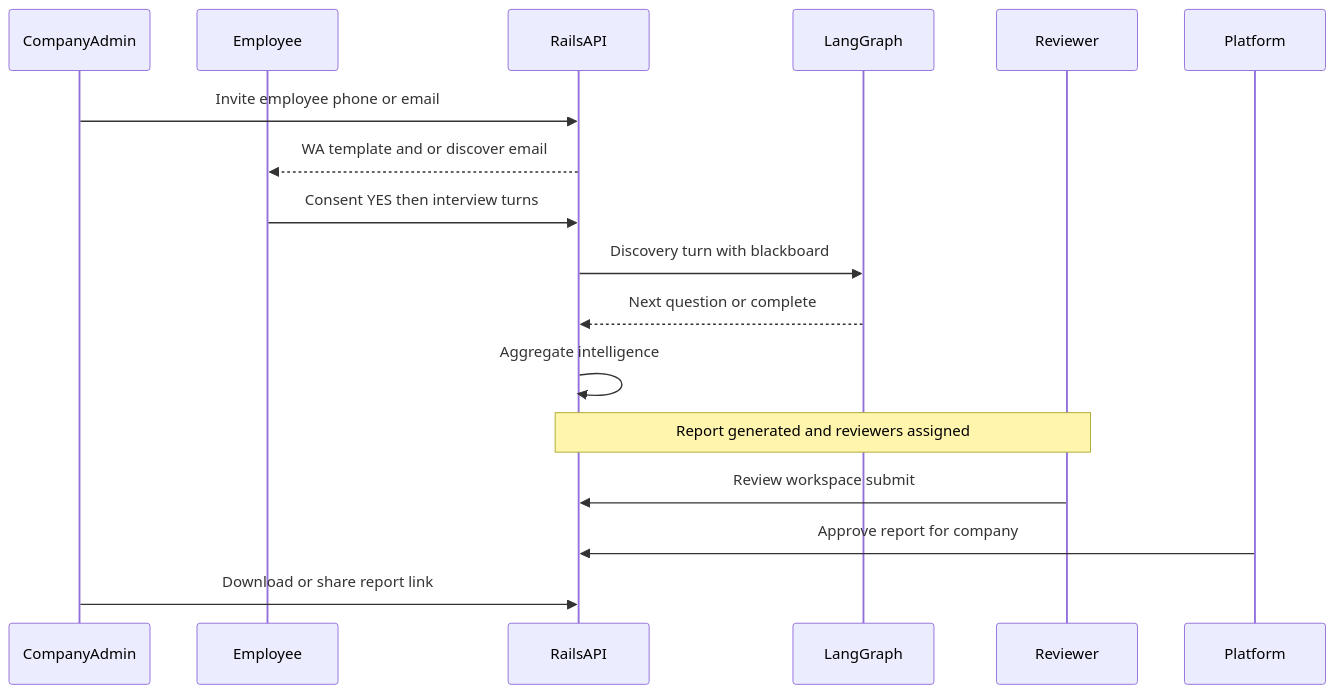
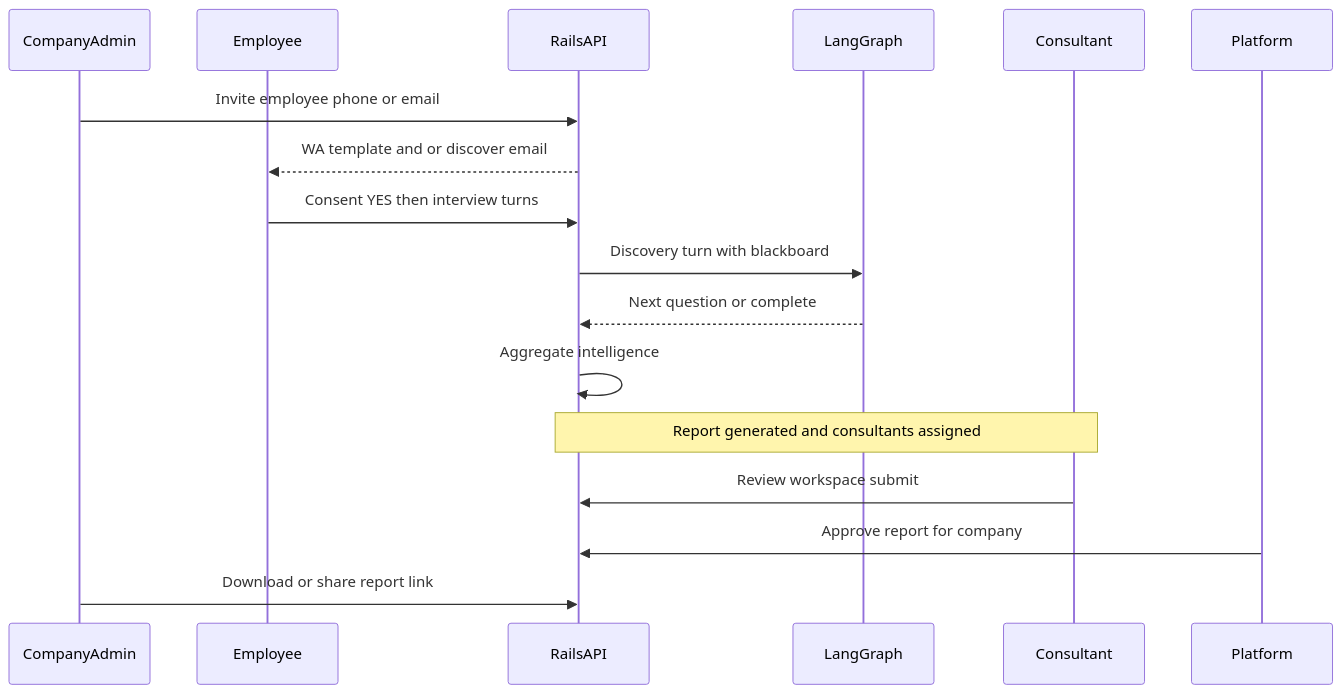
One commit to malikusman/req_app changed the third of 6 diagrams in docs/APPLICATION_GUIDE.md. Above: the diagram before and after it, drawn with Mermaid. The commit also changed other lines of this file and 444 other files, not shown here.

First line of the commit message:
Rename Reviewer to Consultant across the stack

````diff
--- a/docs/APPLICATION_GUIDE.md
+++ b/docs/APPLICATION_GUIDE.md
@@ -158,20 +158,20 @@
 ```mermaid
 sequenceDiagram
   participant Admin as CompanyAdmin
   participant Emp as Employee
   participant Rails as RailsAPI
   participant Agent as LangGraph
-  participant Rev as Reviewer
+  participant Rev as Consultant
   participant Plat as Platform
 
   Admin->>Rails: Invite employee phone or email
   Rails-->>Emp: WA template and or discover email
   Emp->>Rails: Consent YES then interview turns
   Rails->>Agent: Discovery turn with blackboard
   Agent-->>Rails: Next question or complete
   Rails->>Rails: Aggregate intelligence
-  Note over Rails,Rev: Report generated and reviewers assigned
+  Note over Rails,Rev: Report generated and consultants assigned
   Rev->>Rails: Review workspace submit
   Plat->>Rails: Approve report for company
   Admin->>Rails: Download or share report link
 ```
````
